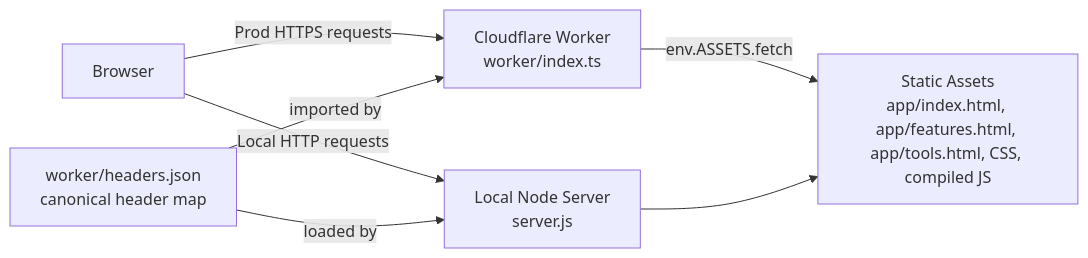
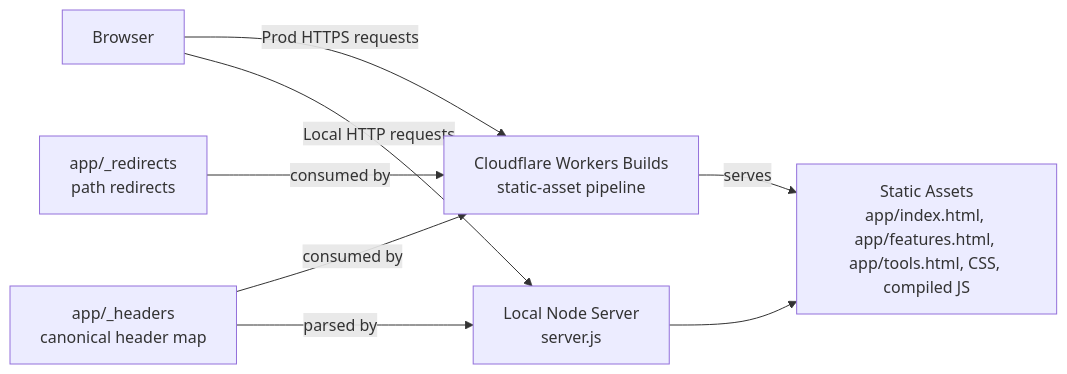
Before and after one commit to hungovercoders/slopstopper: the second of 4 diagrams in docs/architecture/README.md, drawn with Mermaid. The commit also changed other lines of this file and 21 other files, not shown here.

````diff
--- a/docs/architecture/README.md
+++ b/docs/architecture/README.md
@@ -67,16 +68,18 @@
 ```mermaid
 flowchart LR
     B[Browser]
-    WORKER[Cloudflare Worker\nworker/index.ts]
+    CFAP[Cloudflare Workers Builds\nstatic-asset pipeline]
     ASSETS[Static Assets\napp/index.html, app/features.html, app/tools.html, CSS, compiled JS]
-    HJSON[worker/headers.json\ncanonical header map]
+    HFILE[app/_headers\ncanonical header map]
+    RFILE[app/_redirects\npath redirects]
     DEV[Local Node Server\nserver.js]
 
-    B -->|Prod HTTPS requests| WORKER
-    WORKER -->|env.ASSETS.fetch| ASSETS
-    HJSON -->|imported by| WORKER
+    B -->|Prod HTTPS requests| CFAP
+    CFAP -->|serves| ASSETS
+    HFILE -->|consumed by| CFAP
+    RFILE -->|consumed by| CFAP
 
     B -->|Local HTTP requests| DEV
     DEV --> ASSETS
-    HJSON -->|loaded by| DEV
+    HFILE -->|parsed by| DEV
 ```
````
